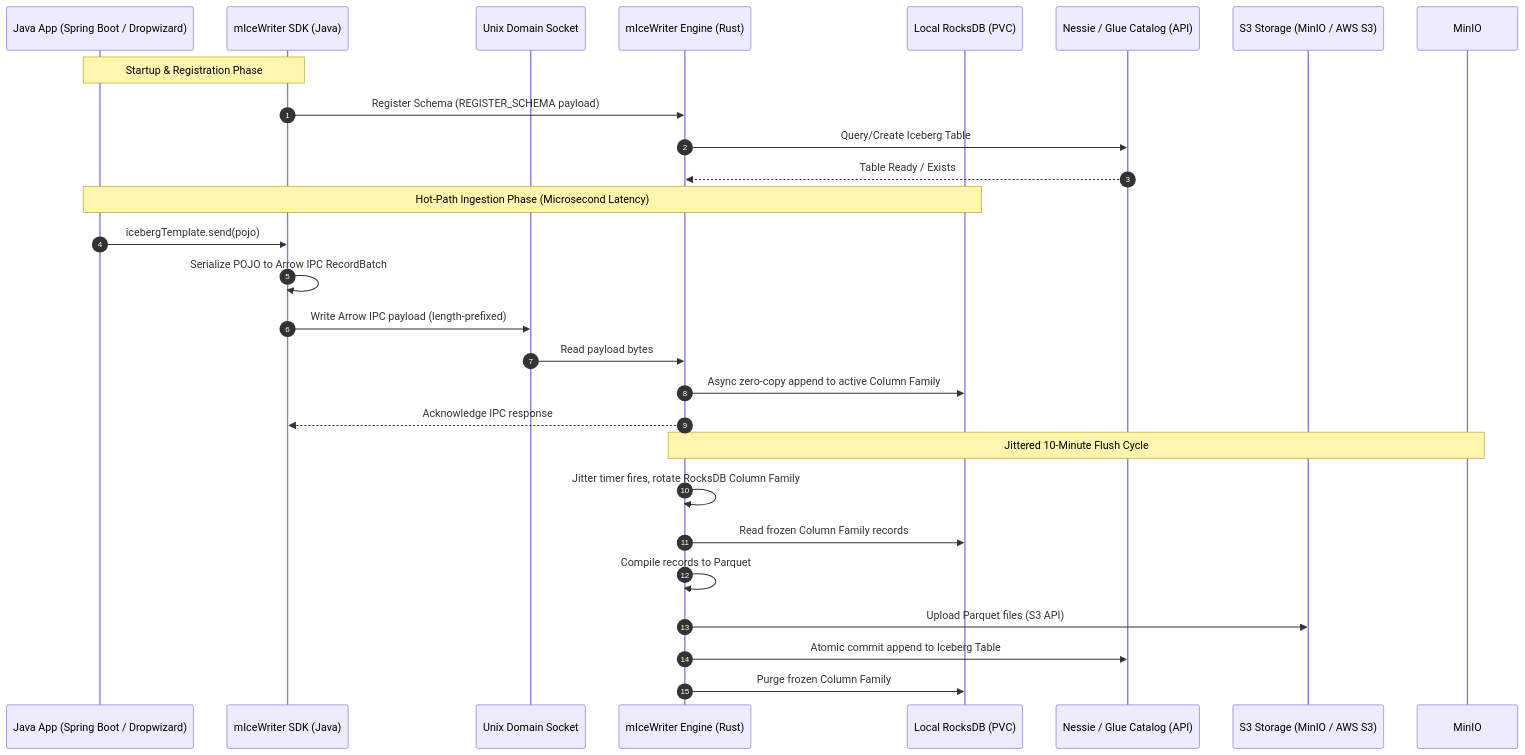
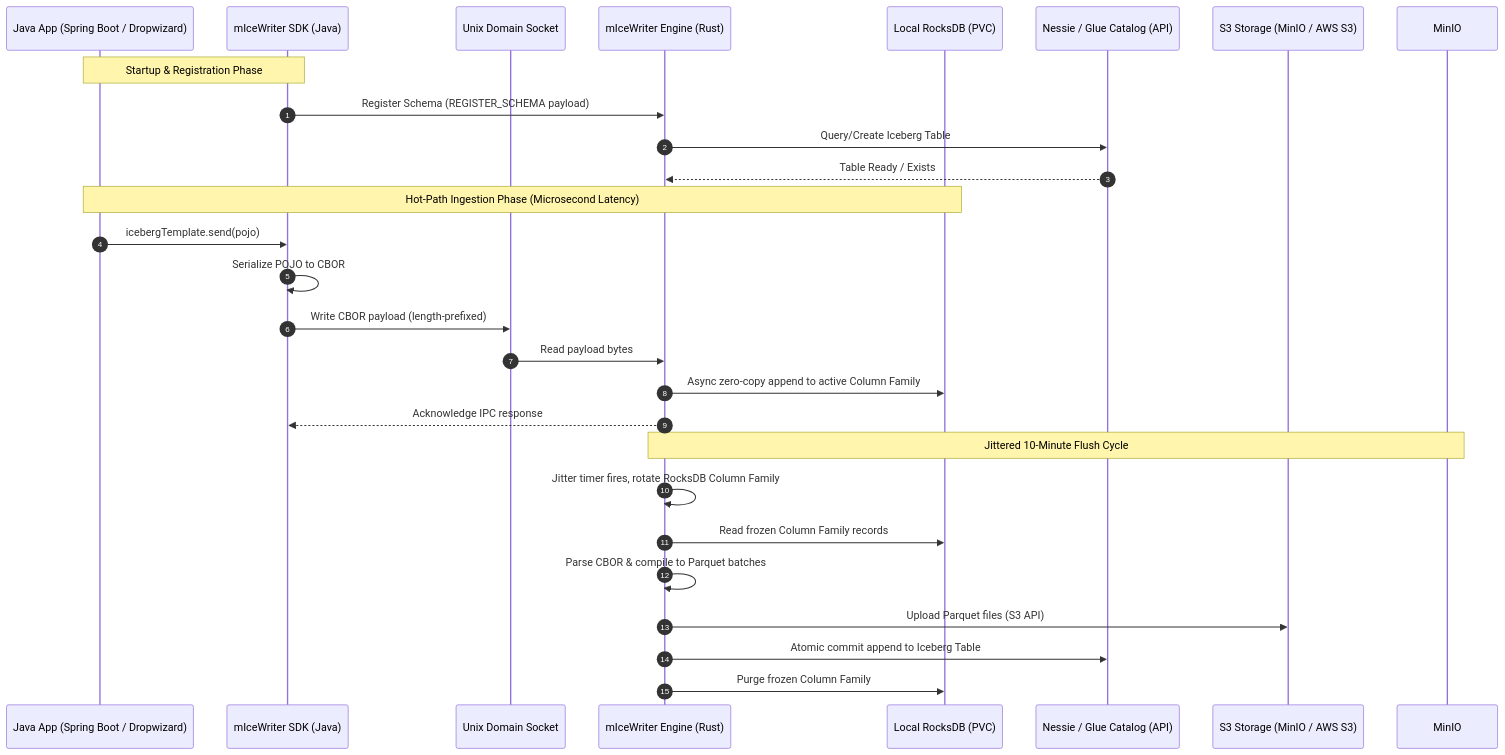
Before and after one commit to markovarghese/micewriter-hub: the diagram in docs/system-overview.md, drawn with Mermaid. The commit also changed other lines of this file, not shown here.

Commit message:
docs: update system architecture to specify CBOR wire format

````diff
--- a/docs/system-overview.md
+++ b/docs/system-overview.md
@@ -13,32 +13,32 @@
 ```mermaid
 sequenceDiagram
     autonumber
     participant App as Java App (Spring Boot / Dropwizard)
     participant SDK as mIceWriter SDK (Java)
     participant UDS as Unix Domain Socket
     participant Engine as mIceWriter Engine (Rust)
     participant RocksDB as Local RocksDB (PVC)
     participant Catalog as Nessie / Glue Catalog (API)
     participant ObjectStore as S3 Storage (MinIO / AWS S3)
 
     Note over App,SDK: Startup & Registration Phase
     SDK->>Engine: Register Schema (REGISTER_SCHEMA payload)
     Engine->>Catalog: Query/Create Iceberg Table
     Catalog-->>Engine: Table Ready / Exists
 
     Note over App,RocksDB: Hot-Path Ingestion Phase (Microsecond Latency)
     App->>SDK: icebergTemplate.send(pojo)
-    SDK->>SDK: Serialize POJO to Arrow IPC RecordBatch
-    SDK->>UDS: Write Arrow IPC payload (length-prefixed)
+    SDK->>SDK: Serialize POJO to CBOR
+    SDK->>UDS: Write CBOR payload (length-prefixed)
     UDS->>Engine: Read payload bytes
     Engine->>RocksDB: Async zero-copy append to active Column Family
     Engine-->>SDK: Acknowledge IPC response
 
     Note over Engine,MinIO: Jittered 10-Minute Flush Cycle
     Engine->>Engine: Jitter timer fires, rotate RocksDB Column Family
     Engine->>RocksDB: Read frozen Column Family records
-    Engine->>Engine: Compile records to Parquet
+    Engine->>Engine: Parse CBOR & compile to Parquet batches
     Engine->>ObjectStore: Upload Parquet files (S3 API)
     Engine->>Catalog: Atomic commit append to Iceberg Table
     Engine->>RocksDB: Purge frozen Column Family
 ```
````
